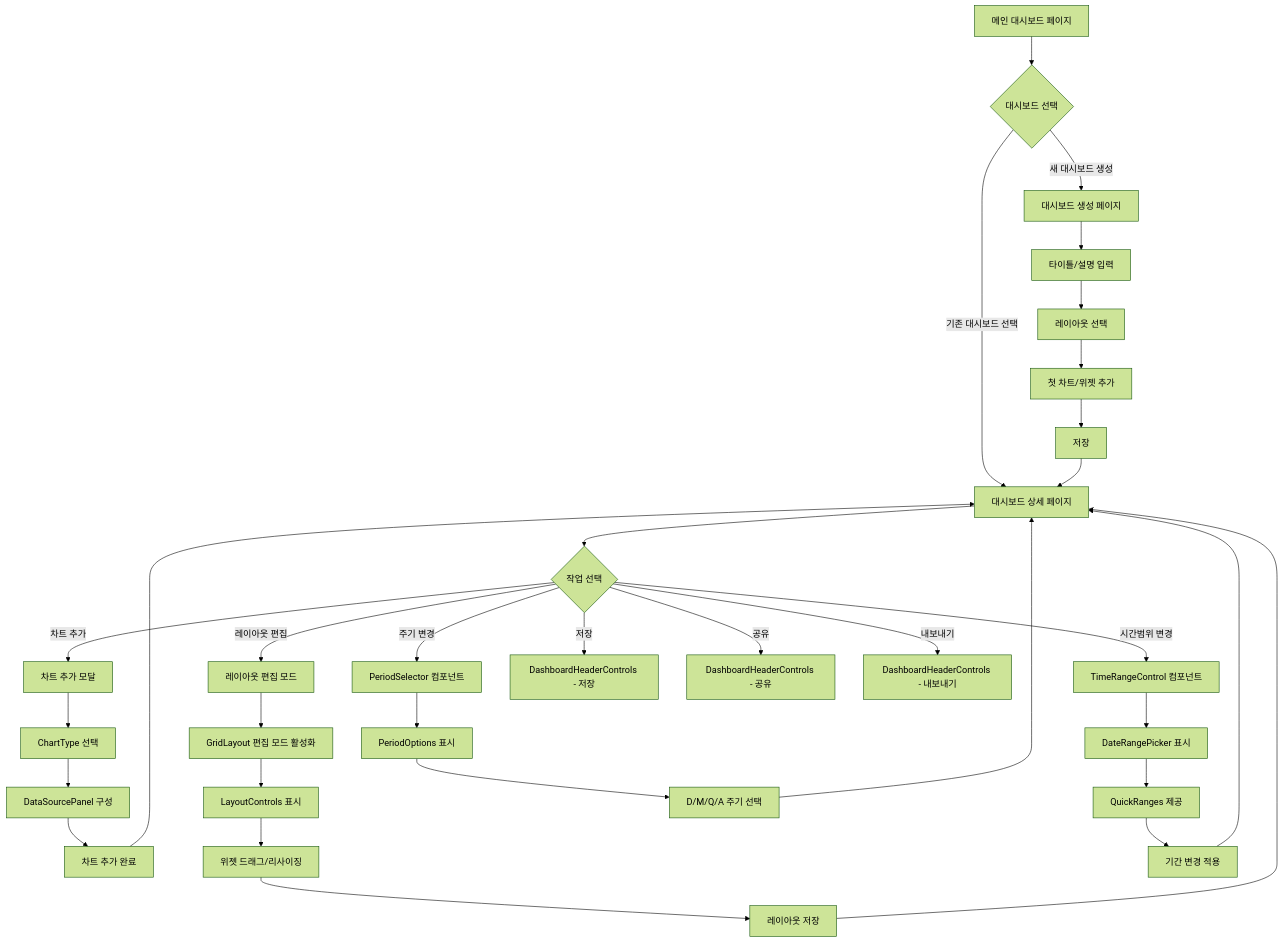
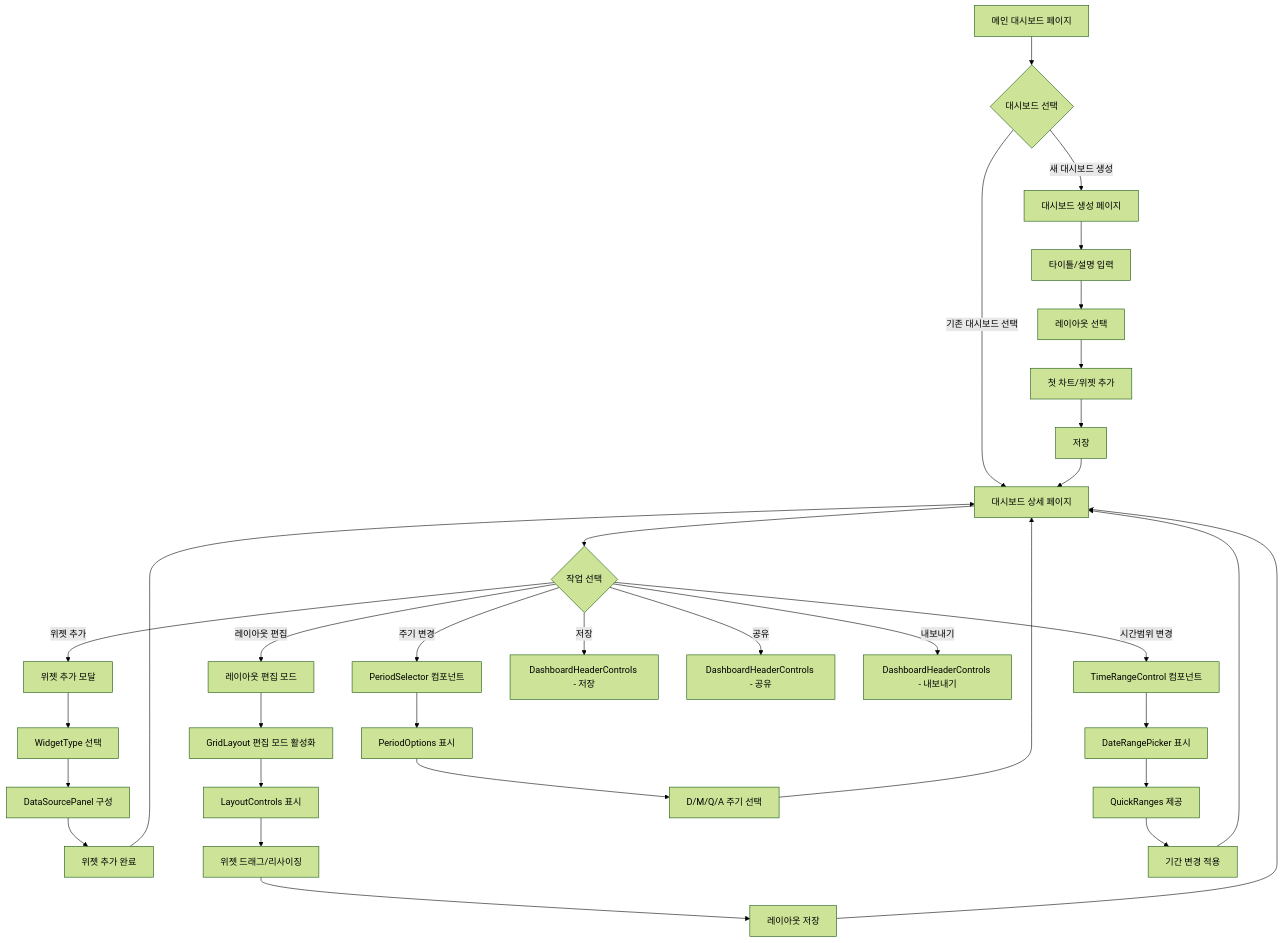
Before and after one commit to Seungwoo321/etorch-docs: the fourth of 20 diagrams in ui-design/user-flows.md, drawn with Mermaid (forest theme). The commit also changed other lines of this file, not shown here.

````diff
--- a/ui-design/user-flows.md
+++ b/ui-design/user-flows.md
@@ -149,41 +149,41 @@
 ```mermaid
 flowchart TD
     A[메인 대시보드 페이지] --> B{대시보드 선택}
     B -->|새 대시보드 생성| C[대시보드 생성 페이지]
     B -->|기존 대시보드 선택| D[대시보드 상세 페이지]
     
     C --> E[타이틀/설명 입력]
     E --> F[레이아웃 선택]
     F --> G[첫 차트/위젯 추가]
     G --> H[저장]
     H --> D
     
     D --> I{작업 선택}
-    I -->|차트 추가| J[차트 추가 모달]
+    I -->|위젯 추가| J[위젯 추가 모달]
     I -->|레이아웃 편집| K[레이아웃 편집 모드]
     I -->|시간범위 변경| L[TimeRangeControl 컴포넌트]
     I -->|주기 변경| M[PeriodSelector 컴포넌트]
     I -->|저장| N[DashboardHeaderControls - 저장]
     I -->|공유| O[DashboardHeaderControls - 공유]
     I -->|내보내기| P[DashboardHeaderControls - 내보내기]
     
-    J --> Q[ChartType 선택]
+    J --> Q[WidgetType 선택]
     Q --> R[DataSourcePanel 구성]
-    R --> S[차트 추가 완료]
+    R --> S[위젯 추가 완료]
     S --> D
     
     K --> T1[GridLayout 편집 모드 활성화]
     T1 --> T2[LayoutControls 표시]
     T2 --> T3[위젯 드래그/리사이징]
     T3 --> T4[레이아웃 저장]
     T4 --> D
     
     L --> U1[DateRangePicker 표시]
     U1 --> U2[QuickRanges 제공]
     U2 --> U3[기간 변경 적용]
     U3 --> D
     
     M --> V1[PeriodOptions 표시]
     V1 --> V2[D/M/Q/A 주기 선택]
     V2 --> D
 ```
````
